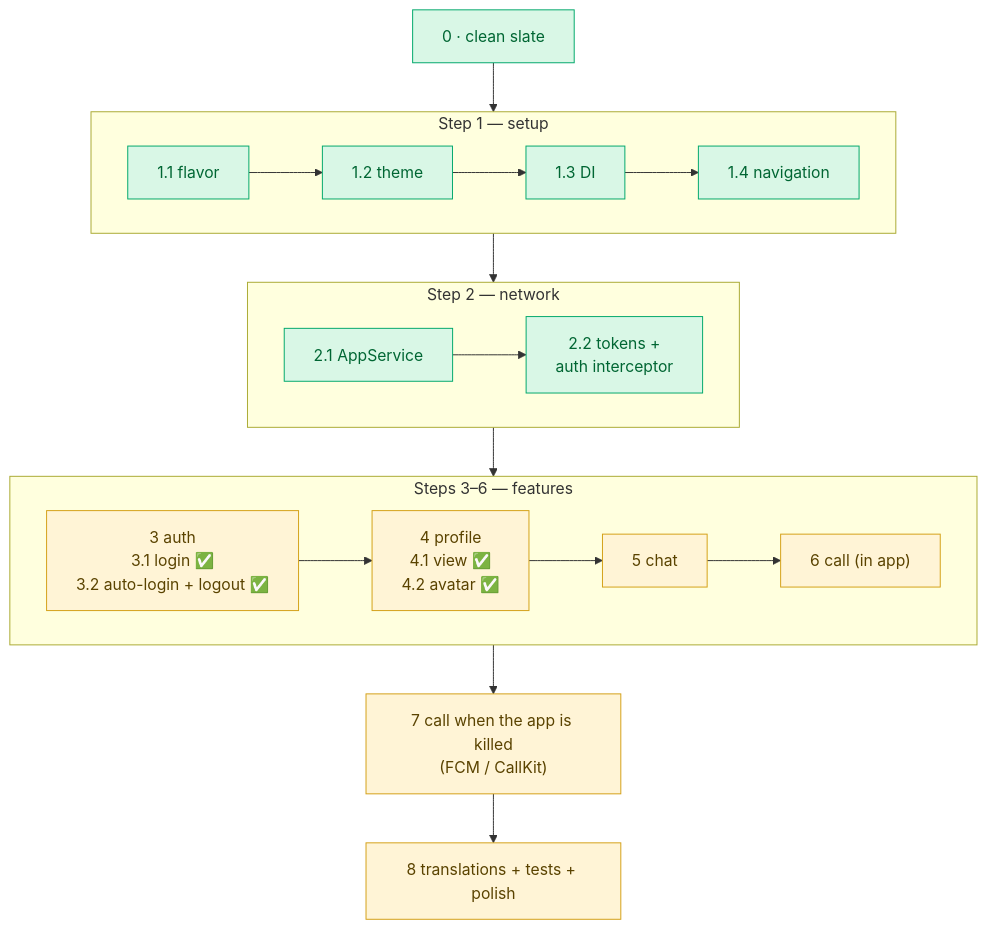
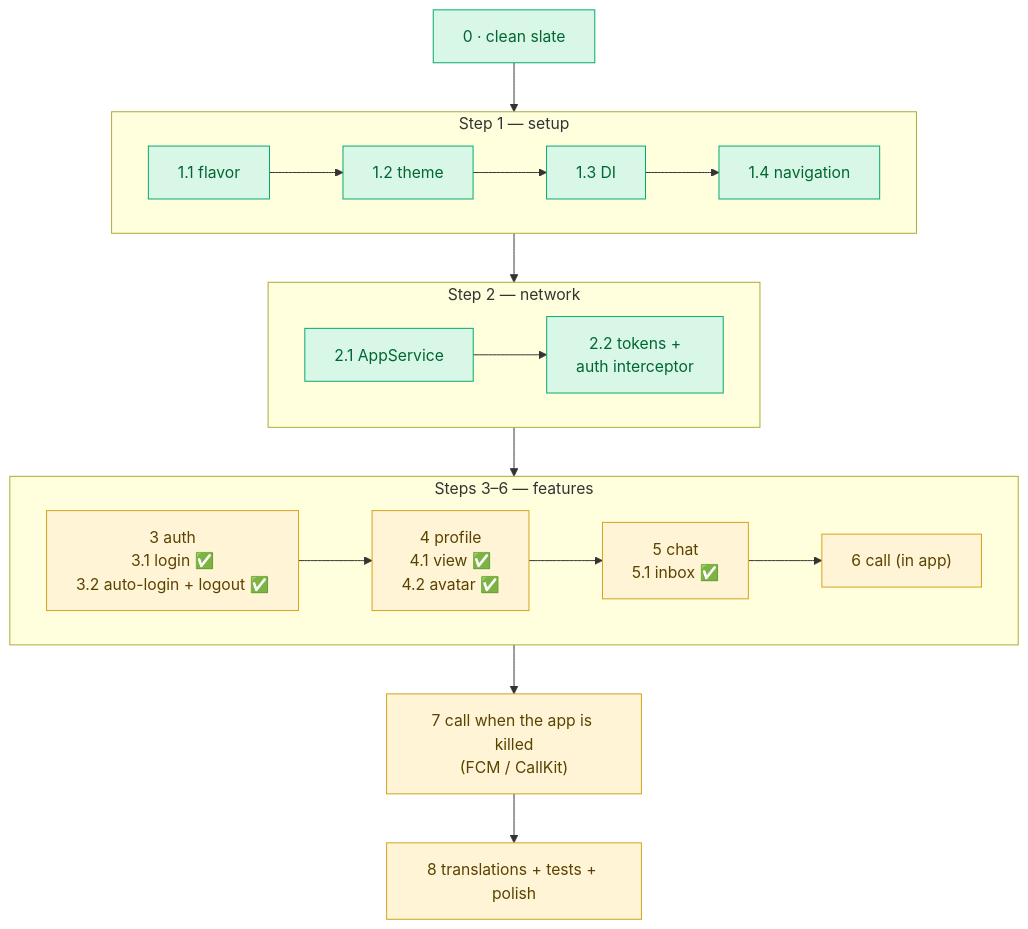
The third of 3 diagrams in docs/learning/REBUILD/README.md (krouchvanyda/erp_flutter_claude), drawn with Mermaid before and after one commit. The commit also changed other lines of this file and 33 other files, not shown here.

First line of the commit message:
feat(chat): implement chat feature with models, repository, and view components

````diff
--- a/docs/learning/REBUILD/README.md
+++ b/docs/learning/REBUILD/README.md
@@ -73,26 +73,26 @@
 ```mermaid
 flowchart TD
     S0["0 · clean slate"] --> STEP1
     subgraph STEP1["Step 1 — setup"]
         direction LR
         S11["1.1 flavor"] --> S12["1.2 theme"] --> S13["1.3 DI"] --> S14["1.4 navigation"]
     end
     STEP1 --> STEP2
     subgraph STEP2["Step 2 — network"]
         direction LR
         S21["2.1 AppService"] --> S22["2.2 tokens +<br/>auth interceptor"]
     end
     STEP2 --> FEATS
     subgraph FEATS["Steps 3–6 — features"]
         direction LR
-        S3["3 auth<br/>3.1 login ✅<br/>3.2 auto-login + logout ✅"] --> S4["4 profile<br/>4.1 view ✅<br/>4.2 avatar ✅"] --> S5["5 chat"] --> S6["6 call (in app)"]
+        S3["3 auth<br/>3.1 login ✅<br/>3.2 auto-login + logout ✅"] --> S4["4 profile<br/>4.1 view ✅<br/>4.2 avatar ✅"] --> S5["5 chat<br/>5.1 inbox ✅"] --> S6["6 call (in app)"]
     end
     FEATS --> S7["7 call when the app is killed<br/>(FCM / CallKit)"] --> S8["8 translations + tests + polish"]
     class S0,S11,S12,S13,S14,S21,S22 ok
     class S3,S4,S5,S6,S7,S8 wait
     classDef app fill:#dbe9ff,stroke:#3b6fd8,color:#123
     classDef ok fill:#d9f7e6,stroke:#00a86b,color:#063
     classDef wait fill:#fff4d6,stroke:#d4a017,color:#5a4300
     classDef none fill:#eeeeee,stroke:#999,color:#555
     classDef err fill:#fde2e2,stroke:#d64545,color:#611
 ```
````
